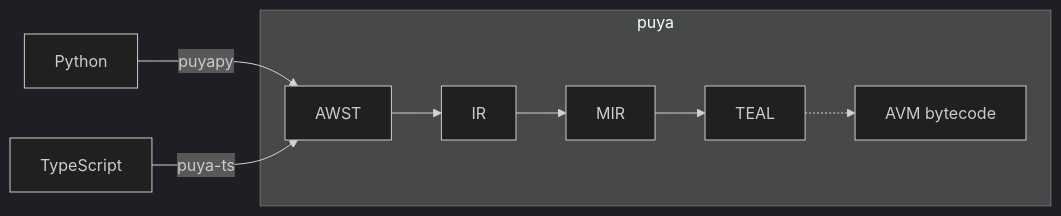
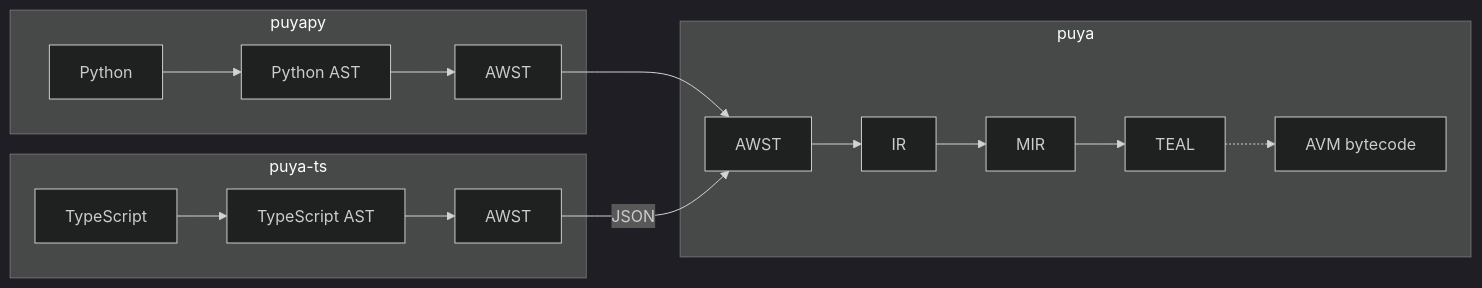
The diagram in ARCHITECTURE.md (algorandfoundation/puya), drawn with Mermaid (dark theme) before and after one commit. The commit also changed other lines of this file and 1 other file, not shown here.

Commit message:
compiler architecture documentation (WIP)

````diff
--- a/ARCHITECTURE.md
+++ b/ARCHITECTURE.md
@@ -31,11 +31,19 @@
 ```mermaid
 flowchart LR;
-    Python-->|puyapy|AWST;
-    TypeScript-->|puya-ts|AWST;
+    subgraph puyapy
+    Python-->PyAST["Python AST"];
+    PyAST-->PyAWST["AWST"];
+    end
+    subgraph puya-ts 
+    TypeScript-->TS-AST["TypeScript AST"];
+    TS-AST-->TS-AWST["AWST"];
+    end
     subgraph puya
+    PyAWST-->AWST;
+    TS-AWST-->|JSON|AWST;
     AWST-->IR;
     IR-->MIR;
     MIR-->TEAL;
     TEAL-.->bytecode["AVM bytecode"];
     end
 ```
````
